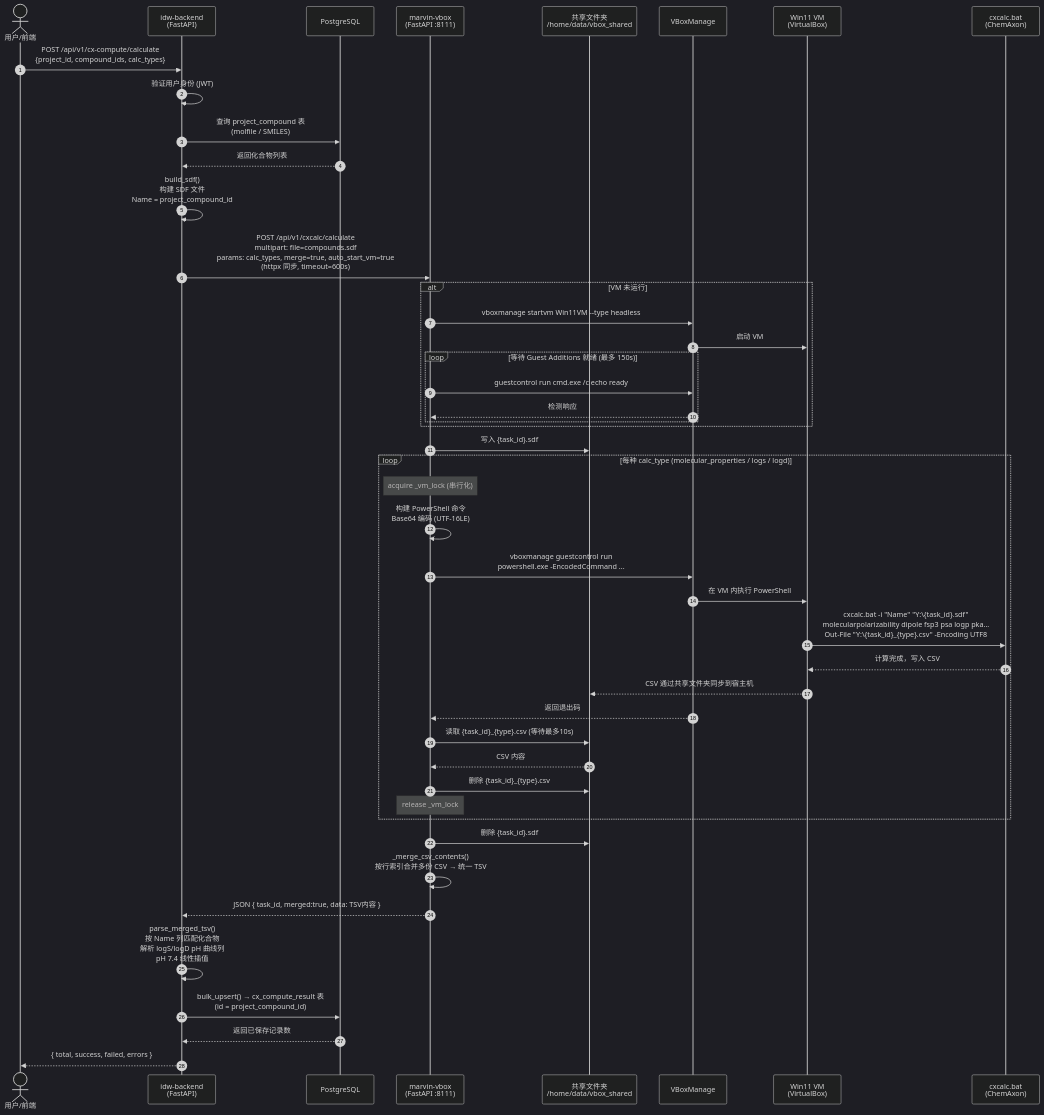
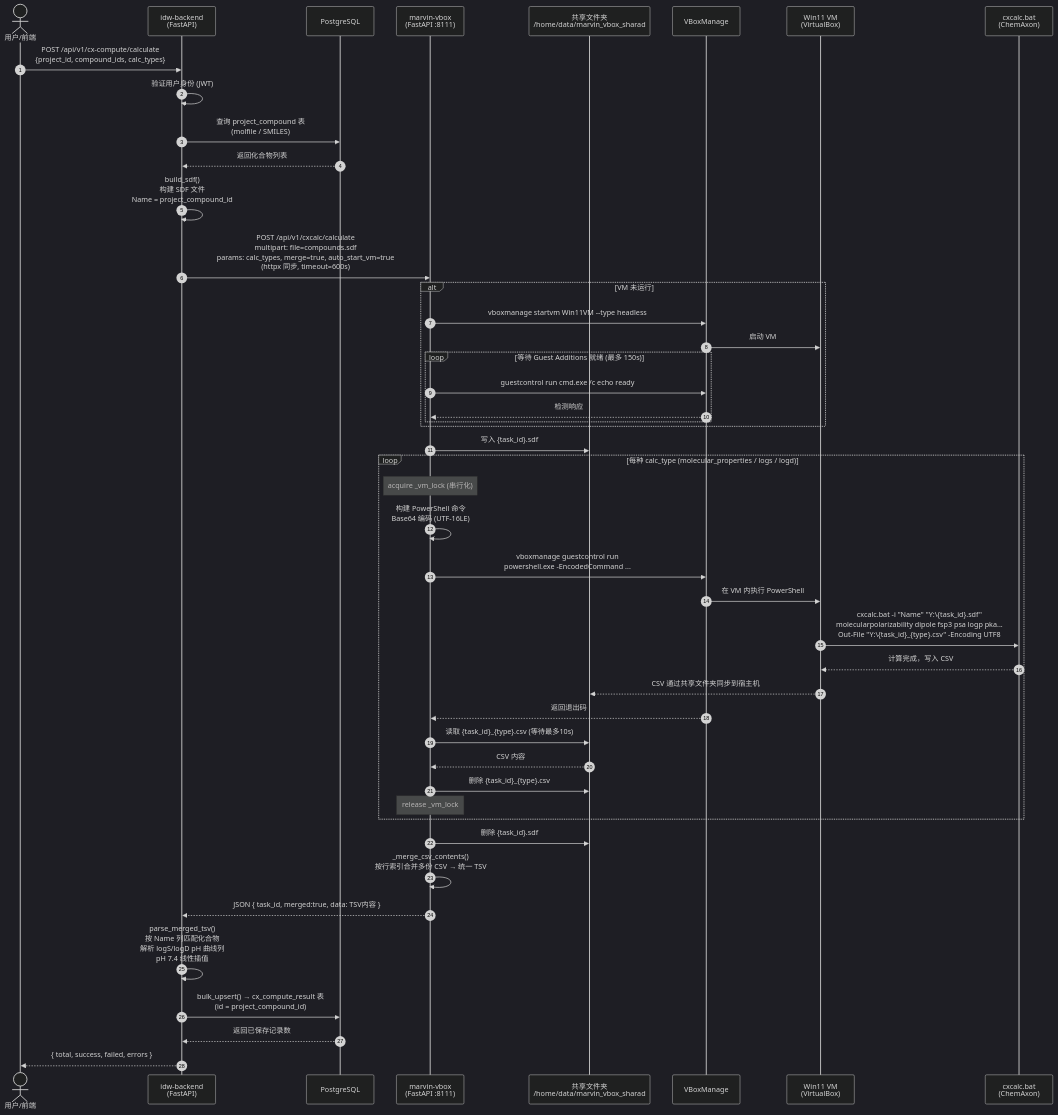
One commit to SongyouZhong/marvin-vbox changed the diagram in docs/完整处理流程图.mermaid. Above: the diagram before and after it, drawn with Mermaid (dark theme). The commit also changed 10 other files, not shown here.

```diff
--- a/docs/完整处理流程图.mermaid
+++ b/docs/完整处理流程图.mermaid
@@ -1,57 +1,57 @@
 sequenceDiagram
     autonumber
     actor User as 用户/前端
     participant IDB as idw-backend<br/>(FastAPI)
     participant DB as PostgreSQL
     participant MVB as marvin-vbox<br/>(FastAPI :8111)
-    participant FS as 共享文件夹<br/>/home/data/vbox_shared
+    participant FS as 共享文件夹<br/>/home/data/marvin_vbox_sharad
     participant VBX as VBoxManage
     participant VM as Win11 VM<br/>(VirtualBox)
     participant CX as cxcalc.bat<br/>(ChemAxon)
 
     User->>IDB: POST /api/v1/cx-compute/calculate<br/>{project_id, compound_ids, calc_types}
     IDB->>IDB: 验证用户身份 (JWT)
 
     IDB->>DB: 查询 project_compound 表<br/>(molfile / SMILES)
     DB-->>IDB: 返回化合物列表
 
     IDB->>IDB: build_sdf()<br/>构建 SDF 文件<br/>Name = project_compound_id
 
     IDB->>MVB: POST /api/v1/cxcalc/calculate<br/>multipart: file=compounds.sdf<br/>params: calc_types, merge=true, auto_start_vm=true<br/>(httpx 同步, timeout=600s)
 
     alt VM 未运行
         MVB->>VBX: vboxmanage startvm Win11VM --type headless
         VBX->>VM: 启动 VM
         loop 等待 Guest Additions 就绪 (最多 150s)
             MVB->>VBX: guestcontrol run cmd.exe /c echo ready
             VBX-->>MVB: 检测响应
         end
     end
 
     MVB->>FS: 写入 {task_id}.sdf
 
     loop 每种 calc_type (molecular_properties / logs / logd)
         Note over MVB: acquire _vm_lock (串行化)
         MVB->>MVB: 构建 PowerShell 命令<br/>Base64 编码 (UTF-16LE)
         MVB->>VBX: vboxmanage guestcontrol run<br/>powershell.exe -EncodedCommand ...
         VBX->>VM: 在 VM 内执行 PowerShell
         VM->>CX: cxcalc.bat -i "Name" "Y:\{task_id}.sdf"<br/>molecularpolarizability dipole fsp3 psa logp pka...<br/>Out-File "Y:\{task_id}_{type}.csv" -Encoding UTF8
         CX-->>VM: 计算完成，写入 CSV
         VM-->>FS: CSV 通过共享文件夹同步到宿主机
         VBX-->>MVB: 返回退出码
         MVB->>FS: 读取 {task_id}_{type}.csv (等待最多10s)
         FS-->>MVB: CSV 内容
         MVB->>FS: 删除 {task_id}_{type}.csv
         Note over MVB: release _vm_lock
     end
 
     MVB->>FS: 删除 {task_id}.sdf
     MVB->>MVB: _merge_csv_contents()<br/>按行索引合并多份 CSV → 统一 TSV
     MVB-->>IDB: JSON { task_id, merged:true, data: TSV内容 }
 
     IDB->>IDB: parse_merged_tsv()<br/>按 Name 列匹配化合物<br/>解析 logS/logD pH 曲线列<br/>pH 7.4 线性插值
 
     IDB->>DB: bulk_upsert() → cx_compute_result 表<br/>(id = project_compound_id)
     DB-->>IDB: 返回已保存记录数
 
     IDB-->>User: { total, success, failed, errors }
```
